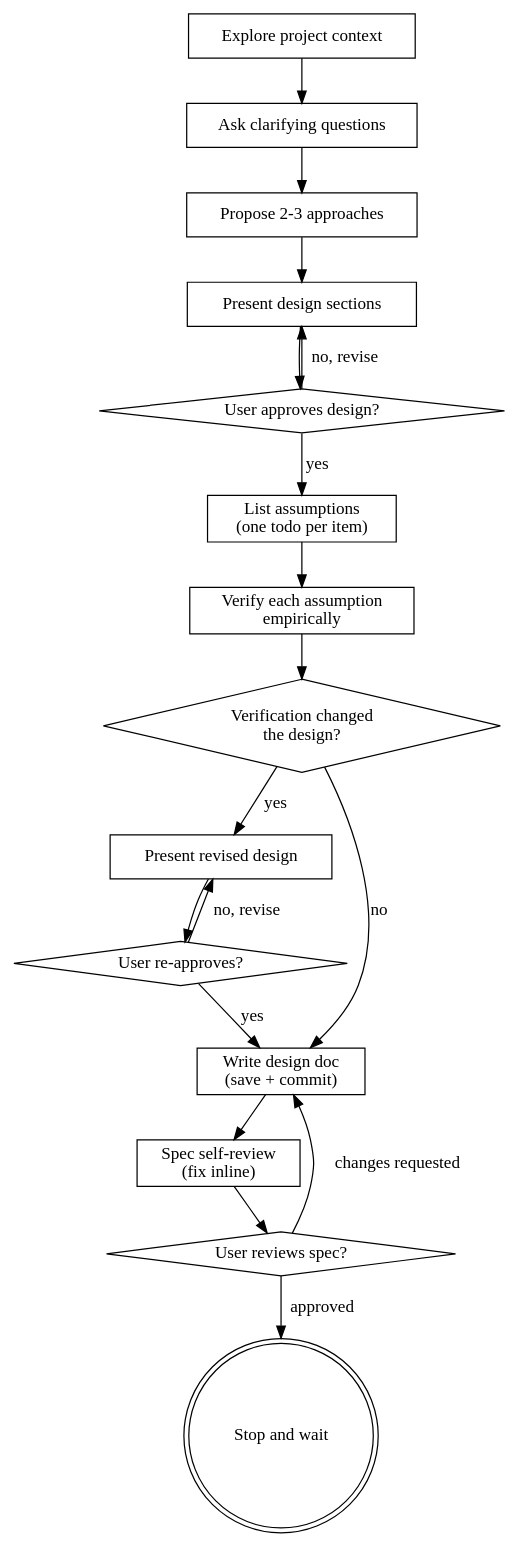
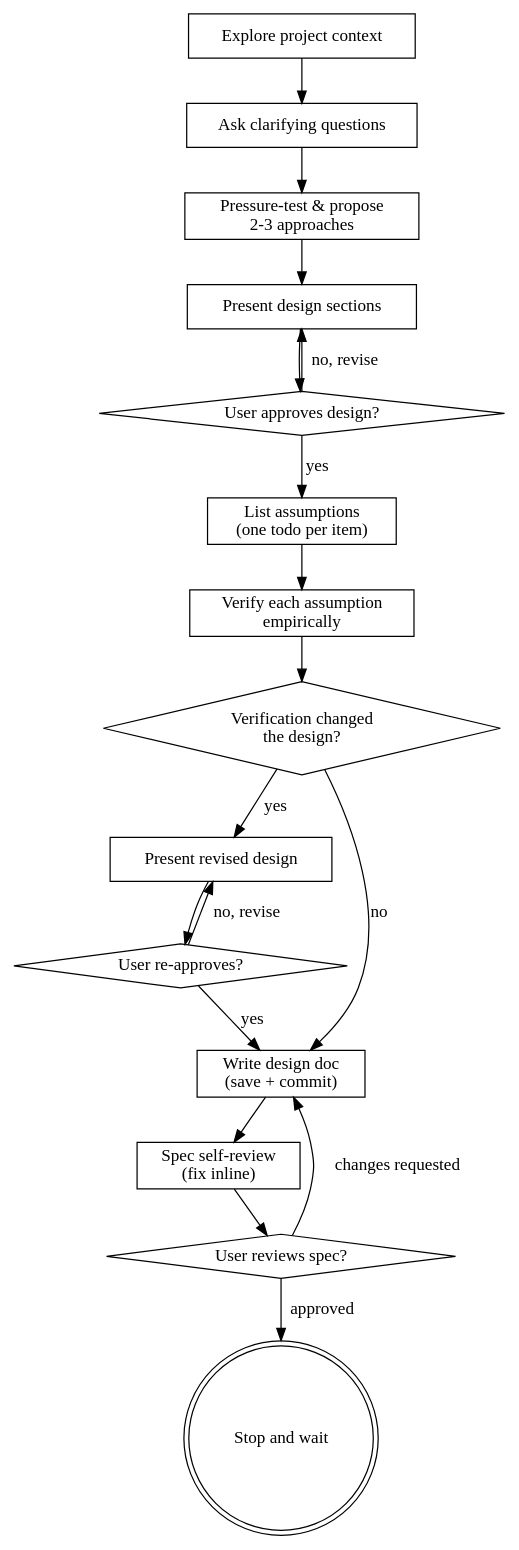
Before and after one commit to yv01p/peters-toolkit: the diagram in skills/thorough-brainstorming/SKILL.md, drawn with Graphviz. The commit also changed other lines of this file and 36 other files, not shown here.

````diff
--- a/skills/thorough-brainstorming/SKILL.md
+++ b/skills/thorough-brainstorming/SKILL.md
@@ -44,36 +44,36 @@
 ```dot
 digraph thorough_brainstorming {
     "Explore project context" [shape=box];
     "Ask clarifying questions" [shape=box];
-    "Propose 2-3 approaches" [shape=box];
+    "Pressure-test & propose\n2-3 approaches" [shape=box];
     "Present design sections" [shape=box];
     "User approves design?" [shape=diamond];
     "List assumptions\n(one todo per item)" [shape=box];
     "Verify each assumption\nempirically" [shape=box];
     "Verification changed\nthe design?" [shape=diamond];
     "Present revised design" [shape=box];
     "User re-approves?" [shape=diamond];
     "Write design doc\n(save + commit)" [shape=box];
     "Spec self-review\n(fix inline)" [shape=box];
     "User reviews spec?" [shape=diamond];
     "Stop and wait" [shape=doublecircle];
 
     "Explore project context" -> "Ask clarifying questions";
-    "Ask clarifying questions" -> "Propose 2-3 approaches";
-    "Propose 2-3 approaches" -> "Present design sections";
+    "Ask clarifying questions" -> "Pressure-test & propose\n2-3 approaches";
+    "Pressure-test & propose\n2-3 approaches" -> "Present design sections";
     "Present design sections" -> "User approves design?";
     "User approves design?" -> "Present design sections" [label="no, revise"];
     "User approves design?" -> "List assumptions\n(one todo per item)" [label="yes"];
     "List assumptions\n(one todo per item)" -> "Verify each assumption\nempirically";
     "Verify each assumption\nempirically" -> "Verification changed\nthe design?";
     "Verification changed\nthe design?" -> "Present revised design" [label="yes"];
     "Verification changed\nthe design?" -> "Write design doc\n(save + commit)" [label="no"];
     "Present revised design" -> "User re-approves?";
     "User re-approves?" -> "Present revised design" [label="no, revise"];
     "User re-approves?" -> "Write design doc\n(save + commit)" [label="yes"];
     "Write design doc\n(save + commit)" -> "Spec self-review\n(fix inline)";
     "Spec self-review\n(fix inline)" -> "User reviews spec?";
     "User reviews spec?" -> "Write design doc\n(save + commit)" [label="changes requested"];
     "User reviews spec?" -> "Stop and wait" [label="approved"];
 }
 ```
````
